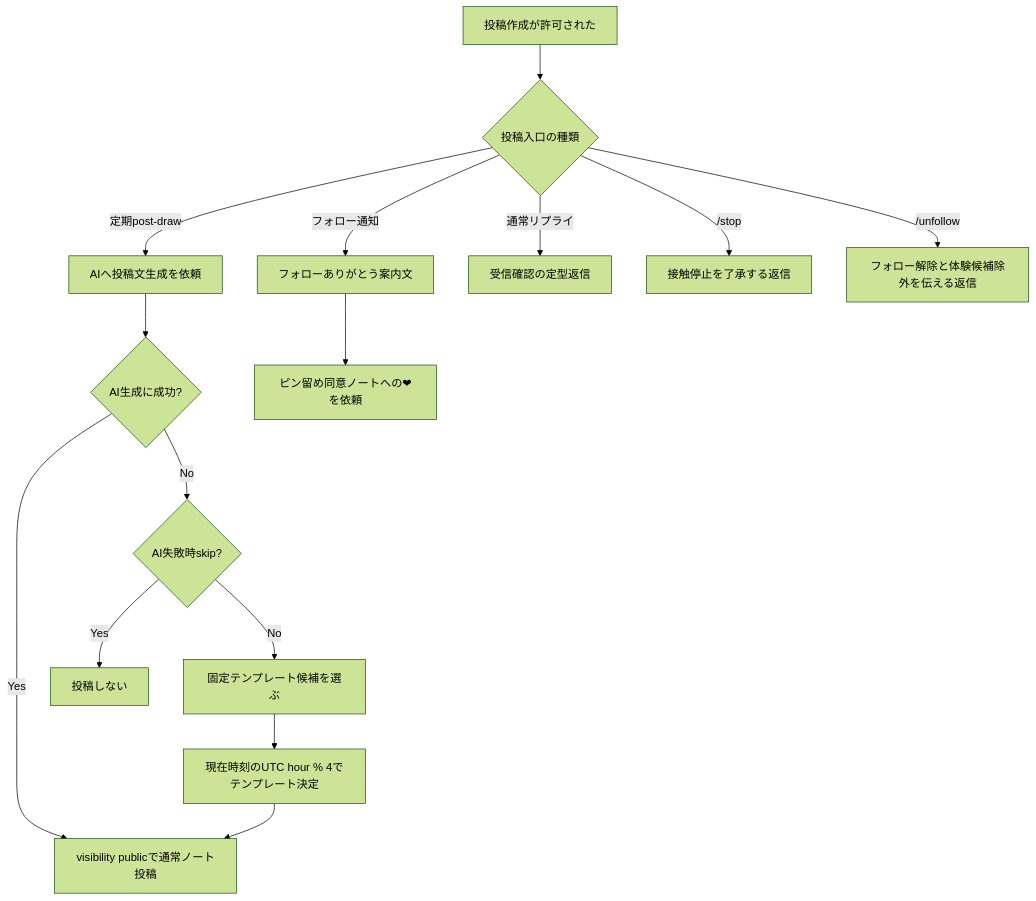
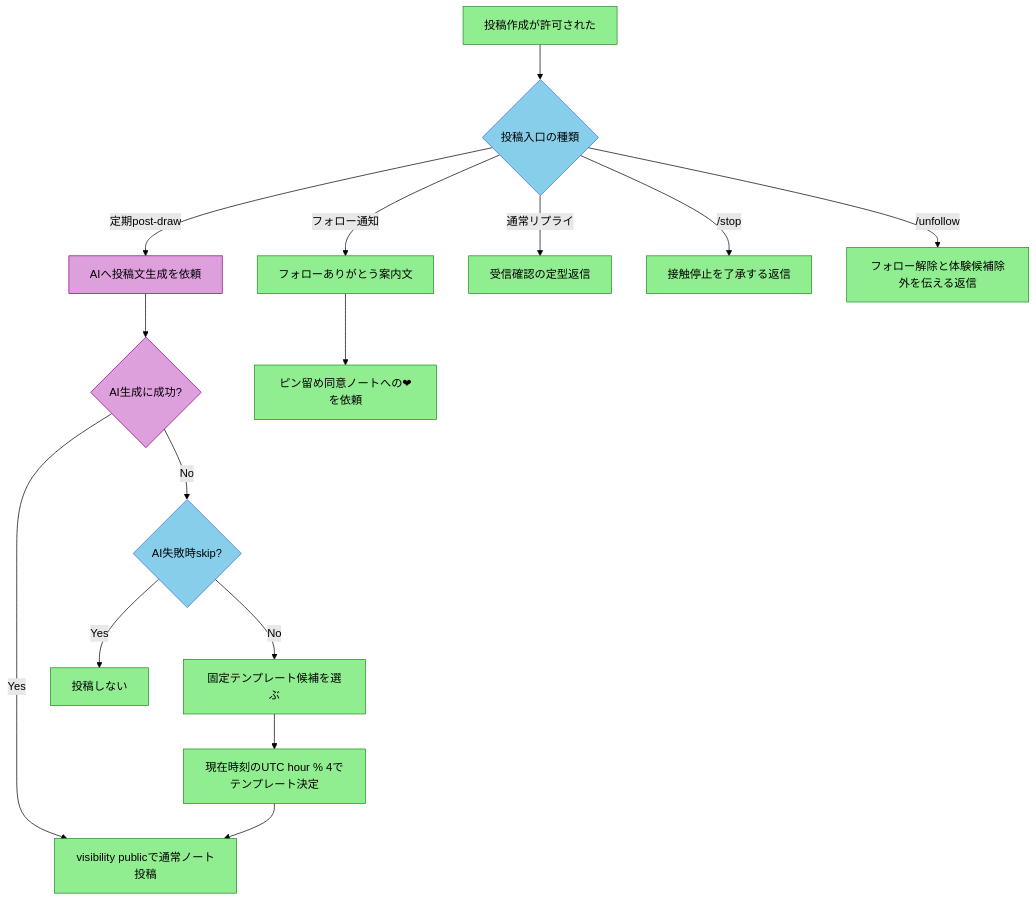
One commit to rohto4/io-bot-soul changed the first of 3 diagrams in docs/spec/posting-content-rules.md. Above: the diagram before and after it, drawn with Mermaid (forest theme). The commit also changed other lines of this file and 1 other file, not shown here.

First line of the commit message:
docs(spec): add flowchart.md and update posting-content-rules

````diff
--- a/docs/spec/posting-content-rules.md
+++ b/docs/spec/posting-content-rules.md
@@ -17,17 +17,24 @@
 ```mermaid
 flowchart TD
-  A[投稿作成が許可された] --> B{投稿入口の種類}
-  B -- 定期post-draw --> C[AIへ投稿文生成を依頼]
-  C --> D{AI生成に成功?}
-  D -- Yes --> E[visibility publicで通常ノート投稿]
-  D -- No --> S{AI失敗時skip?}
-  S -- Yes --> X[投稿しない]
-  S -- No --> T[固定テンプレート候補を選ぶ]
-  T --> U[現在時刻のUTC hour % 4でテンプレート決定]
-  U --> E
-  B -- フォロー通知 --> FG[フォローありがとう案内文]
-  FG --> FH[ピン留め同意ノートへの❤を依頼]
-  B -- 通常リプライ --> R[受信確認の定型返信]
-  B -- /stop --> ST[接触停止を了承する返信]
-  B -- /unfollow --> UF[フォロー解除と体験候補除外を伝える返信]
+    A[投稿作成が許可された] --> B{投稿入口の種類}
+    B -- 定期post-draw --> C[AIへ投稿文生成を依頼]:::ai
+    C --> D{AI生成に成功?}:::decision
+    D -- Yes --> E[visibility publicで通常ノート投稿]
+    D -- No --> S{AI失敗時skip?}:::decision
+    S -- Yes --> X[投稿しない]
+    S -- No --> T[固定テンプレート候補を選ぶ]
+    T --> U[現在時刻のUTC hour % 4でテンプレート決定]
+    U --> E
+    B -- フォロー通知 --> FG[フォローありがとう案内文]
+    FG --> FH[ピン留め同意ノートへの❤を依頼]
+    B -- 通常リプライ --> R[受信確認の定型返信]
+    B -- /stop --> ST[接触停止を了承する返信]
+    B -- /unfollow --> UF[フォロー解除と体験候補除外を伝える返信]
+
+    classDef implemented fill:#90EE90,stroke:#228B22
+    classDef decision fill:#87CEEB,stroke:#4169E1
+    classDef ai fill:#DDA0DD,stroke:#8B008B
+    class A,E,FG,FH,R,ST,UF,T,U,X implemented
+    class B,S decision
+    class C,D ai
 ```
````
